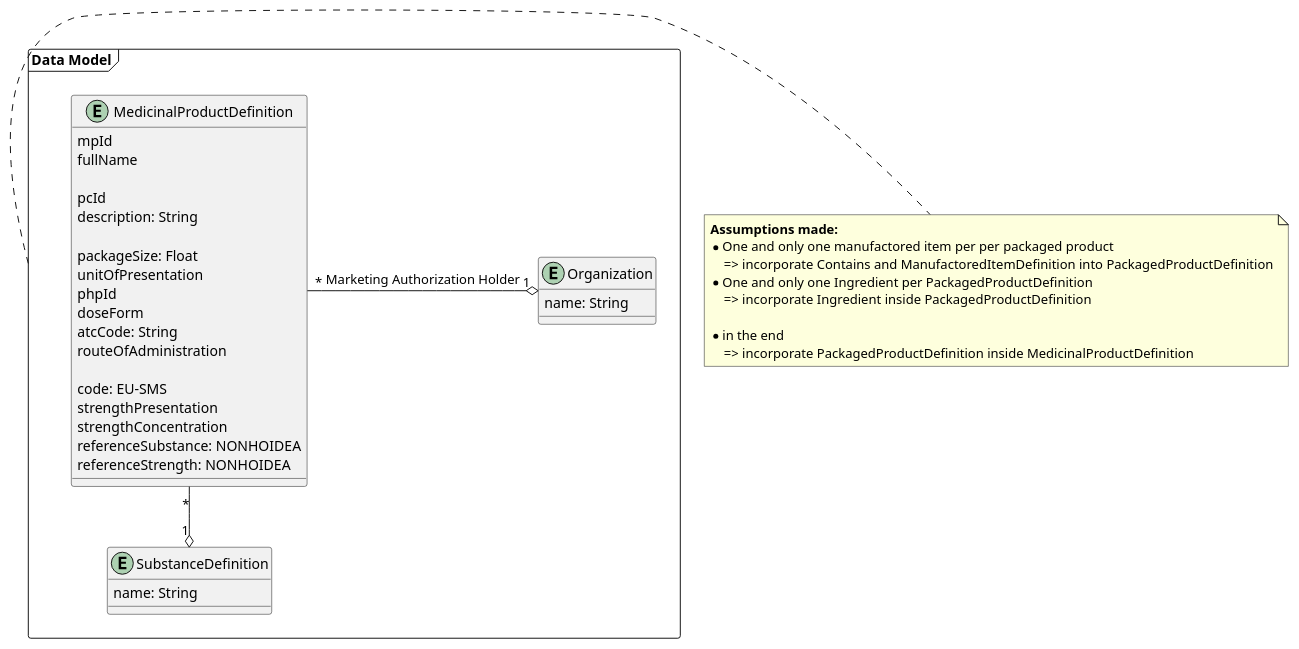
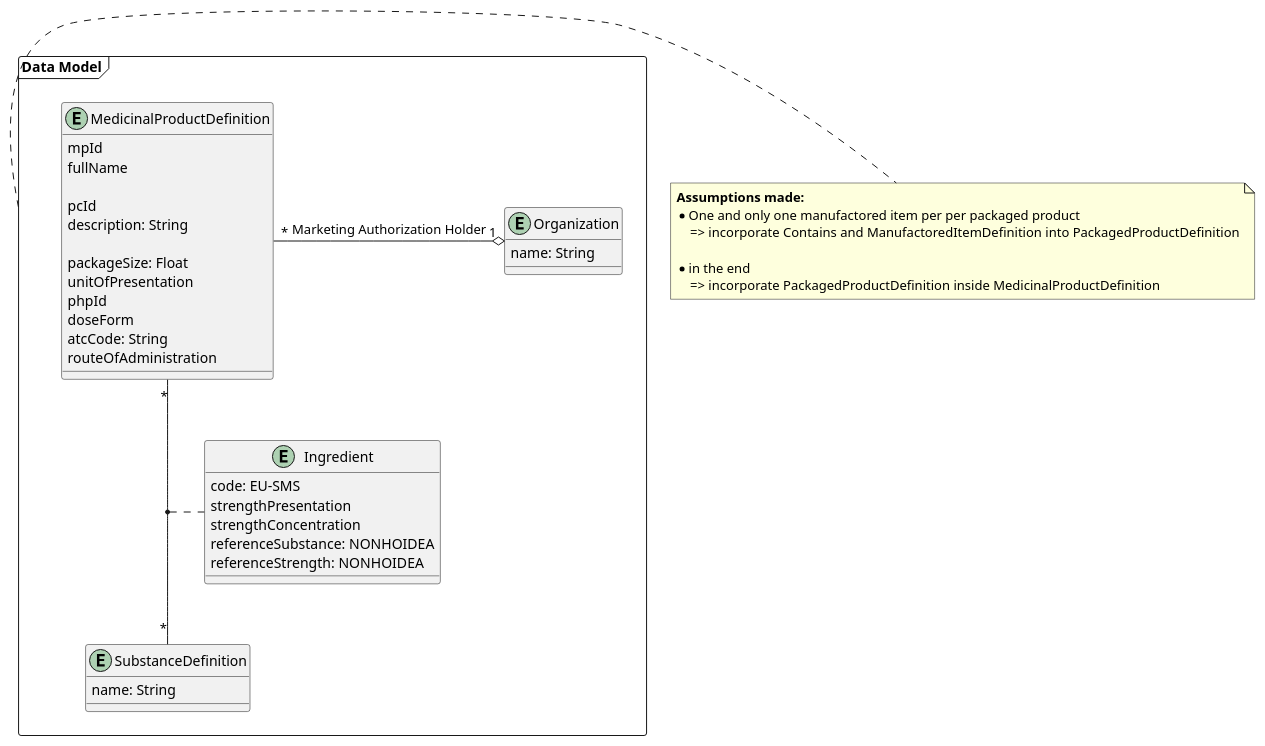
One commit to unicom-project-eu/wp6-db-api changed the diagram in uml/class/fhirDataModel-simpliied.puml. Above: the diagram before and after it, drawn with PlantUML.

Commit message:
Removed wrong assumption

```diff
--- a/uml/class/fhirDataModel-simpliied.puml
+++ b/uml/class/fhirDataModel-simpliied.puml
@@ -1,50 +1,53 @@
 @startuml
 
 package "Data Model" as datamodel <<frame>> {
     entity MedicinalProductDefinition {
         mpId
         fullName
 
         pcId
         description: String
 
         packageSize: Float
         unitOfPresentation
         phpId
         doseForm
         atcCode: String
         routeOfAdministration
 
+    }
+
+    entity Organization {
+        name: String
+    }
+
+    entity Ingredient {
         code: EU-SMS
         strengthPresentation
         strengthConcentration
         referenceSubstance: NONHOIDEA
         referenceStrength: NONHOIDEA
     }
 
-    entity Organization {
-        name: String
-    }
-
     entity SubstanceDefinition {
         name: String
     }
 
     MedicinalProductDefinition "*" -o "1" Organization : "Marketing Authorization Holder"
-    MedicinalProductDefinition "*" --o "1" SubstanceDefinition
+
+    MedicinalProductDefinition "*" -- "*" SubstanceDefinition
+    (MedicinalProductDefinition, SubstanceDefinition) .. Ingredient
 }
 
 
 note right of datamodel {
     **Assumptions made:**
     * One and only one manufactored item per per packaged product
         => incorporate Contains and ManufactoredItemDefinition into PackagedProductDefinition
-    * One and only one Ingredient per PackagedProductDefinition
-        => incorporate Ingredient inside PackagedProductDefinition
     
     * in the end
         => incorporate PackagedProductDefinition inside MedicinalProductDefinition
 }
 
 
 @enduml
```
